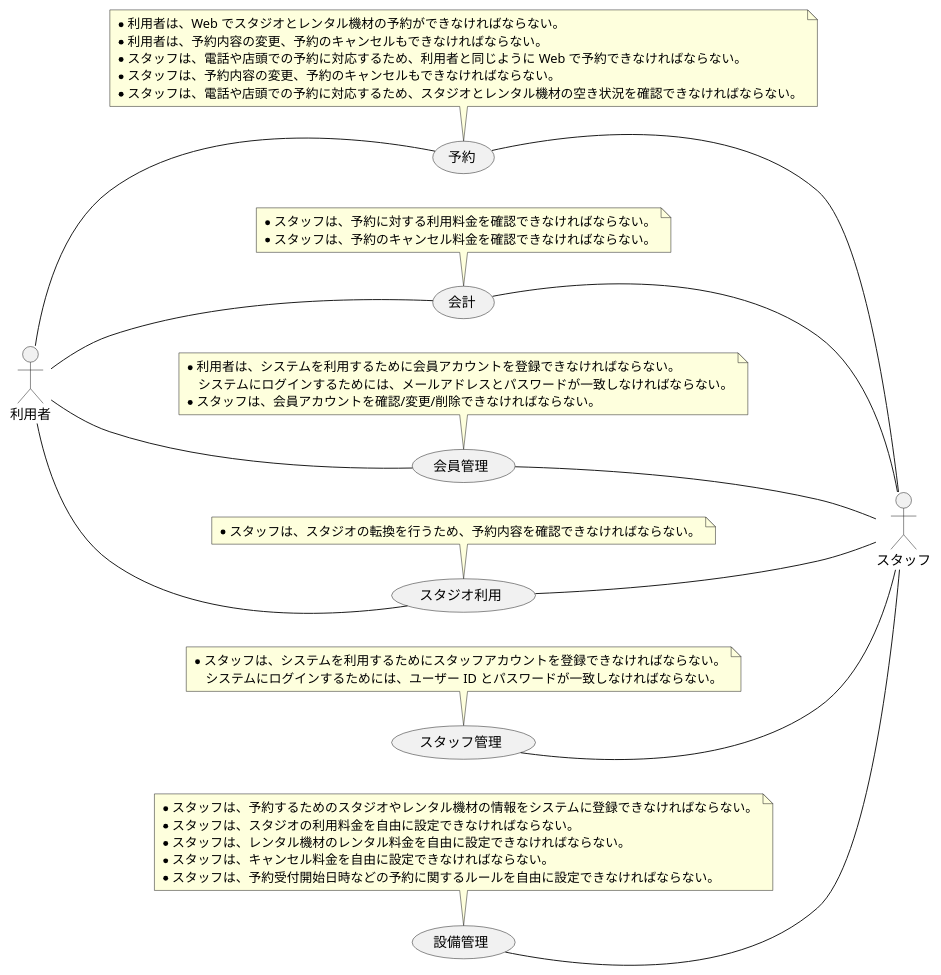
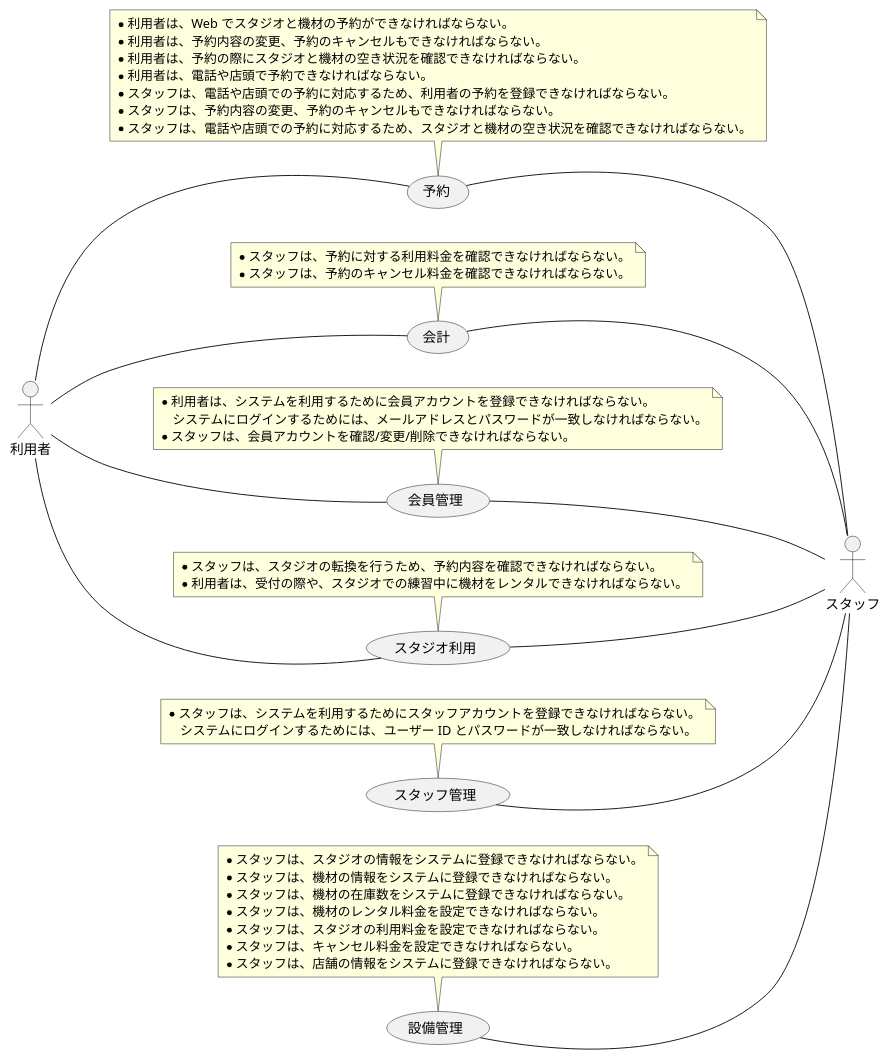
Before and after one commit to TakashiOnawa/ddd-practice-studio-reservation: the diagram in modeling/BusinessContext.pu, drawn with PlantUML. The commit also changed 16 other files, not shown here.

```diff
--- a/modeling/BusinessContext.pu
+++ b/modeling/BusinessContext.pu
@@ -1,59 +1,64 @@
 @startuml BusinessContext
 
 left to right direction
 
 actor 利用者
 actor スタッフ
 
 利用者 -- (予約)
 (予約) -- スタッフ
 
 利用者 -- (スタジオ利用)
 (スタジオ利用) -- スタッフ
 
 利用者 -- (会計)
 (会計) -- スタッフ
 
 利用者 -- (会員管理)
 (会員管理) -- スタッフ
 
 (スタッフ管理) -- スタッフ
 (設備管理) -- スタッフ
 
 note top of (予約)
-* 利用者は、Web でスタジオとレンタル機材の予約ができなければならない。
+* 利用者は、Web でスタジオと機材の予約ができなければならない。
 * 利用者は、予約内容の変更、予約のキャンセルもできなければならない。
-* スタッフは、電話や店頭での予約に対応するため、利用者と同じように Web で予約できなければならない。
+* 利用者は、予約の際にスタジオと機材の空き状況を確認できなければならない。
+* 利用者は、電話や店頭で予約できなければならない。
+* スタッフは、電話や店頭での予約に対応するため、利用者の予約を登録できなければならない。
 * スタッフは、予約内容の変更、予約のキャンセルもできなければならない。
-* スタッフは、電話や店頭での予約に対応するため、スタジオとレンタル機材の空き状況を確認できなければならない。
+* スタッフは、電話や店頭での予約に対応するため、スタジオと機材の空き状況を確認できなければならない。
 end note
 
 note top of (スタジオ利用)
 * スタッフは、スタジオの転換を行うため、予約内容を確認できなければならない。
+* 利用者は、受付の際や、スタジオでの練習中に機材をレンタルできなければならない。
 end note
 
 note top of (会計)
 * スタッフは、予約に対する利用料金を確認できなければならない。
 * スタッフは、予約のキャンセル料金を確認できなければならない。
 end note
 
 note top of (会員管理)
 * 利用者は、システムを利用するために会員アカウントを登録できなければならない。
     システムにログインするためには、メールアドレスとパスワードが一致しなければならない。
 * スタッフは、会員アカウントを確認/変更/削除できなければならない。
 end note
 
 note top of (スタッフ管理)
 * スタッフは、システムを利用するためにスタッフアカウントを登録できなければならない。
     システムにログインするためには、ユーザー ID とパスワードが一致しなければならない。
 end note
 
 note top of (設備管理)
-* スタッフは、予約するためのスタジオやレンタル機材の情報をシステムに登録できなければならない。
-* スタッフは、スタジオの利用料金を自由に設定できなければならない。
-* スタッフは、レンタル機材のレンタル料金を自由に設定できなければならない。
-* スタッフは、キャンセル料金を自由に設定できなければならない。
-* スタッフは、予約受付開始日時などの予約に関するルールを自由に設定できなければならない。
+* スタッフは、スタジオの情報をシステムに登録できなければならない。
+* スタッフは、機材の情報をシステムに登録できなければならない。
+* スタッフは、機材の在庫数をシステムに登録できなければならない。
+* スタッフは、機材のレンタル料金を設定できなければならない。
+* スタッフは、スタジオの利用料金を設定できなければならない。
+* スタッフは、キャンセル料金を設定できなければならない。
+* スタッフは、店舗の情報をシステムに登録できなければならない。
 end note
 
 @enduml
```
